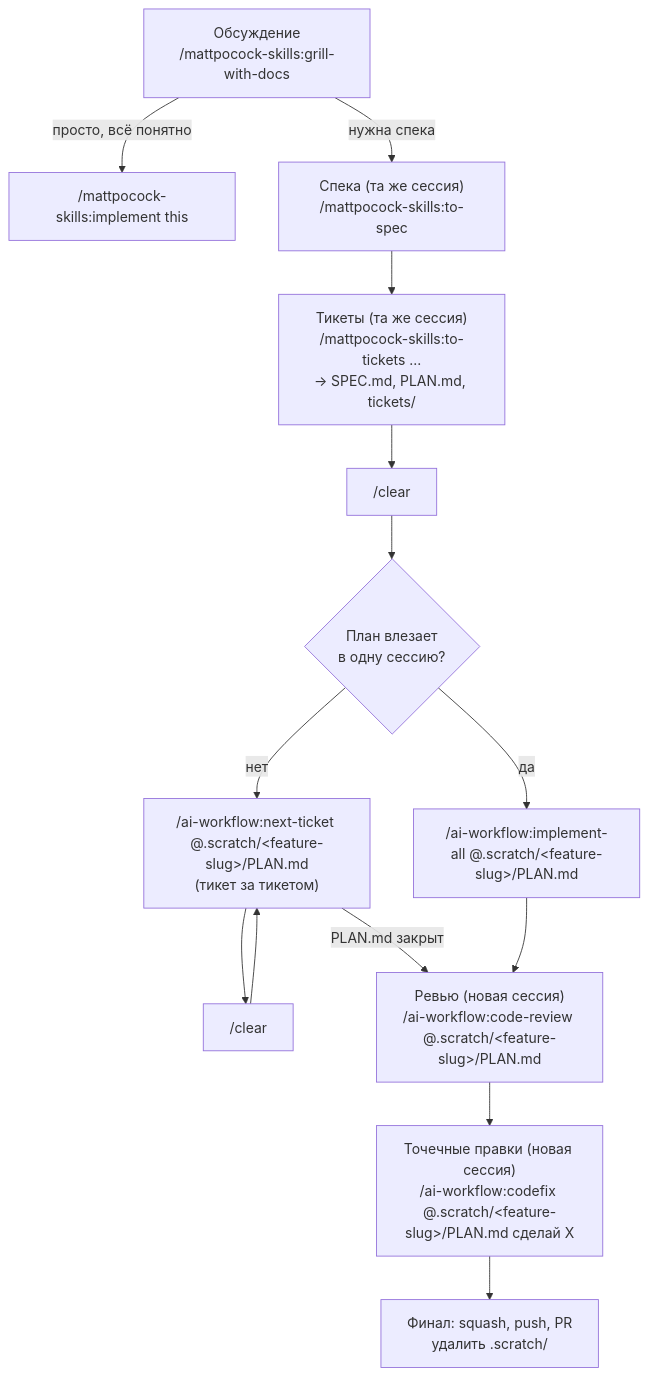
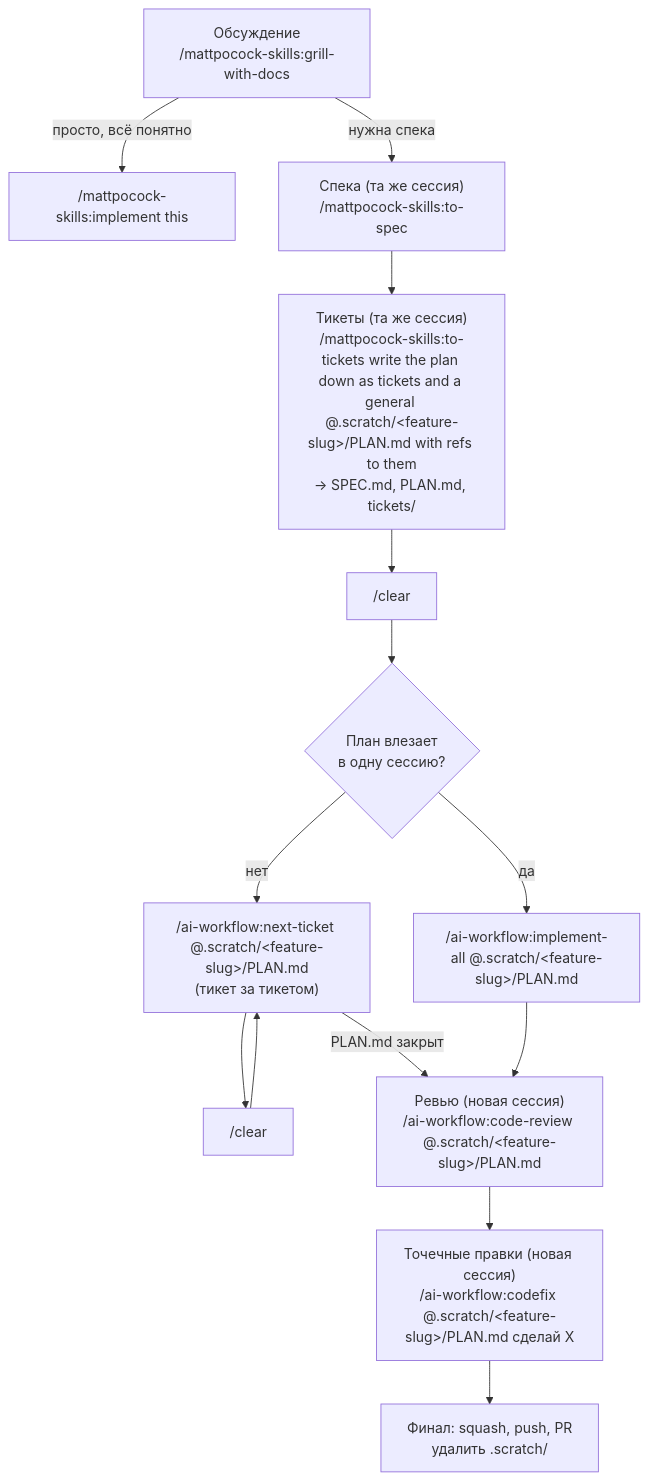
The diagram in README.md (Whatislove118/AI-Workflow), drawn with Mermaid before and after one commit. The commit also changed other lines of this file, not shown here.

````diff
--- a/README.md
+++ b/README.md
@@ -44,16 +44,16 @@
 ```mermaid
 flowchart TD
     A["Обсуждение\n/mattpocock-skills:grill-with-docs"]
     A -- "просто, всё понятно" --> B["/mattpocock-skills:implement this"]
     A -- "нужна спека" --> C["Спека (та же сессия)\n/mattpocock-skills:to-spec"]
-    C --> D["Тикеты (та же сессия)\n/mattpocock-skills:to-tickets ...\n→ SPEC.md, PLAN.md, tickets/"]
+    C --> D["Тикеты (та же сессия)\n/mattpocock-skills:to-tickets write the plan down as tickets and a general @.scratch/#lt;feature-slug#gt;/PLAN.md with refs to them\n→ SPEC.md, PLAN.md, tickets/"]
     D --> E["/clear"]
     E --> F{"План влезает\nв одну сессию?"}
     F -- да --> G["/ai-workflow:implement-all @.scratch/#lt;feature-slug#gt;/PLAN.md"]
     F -- нет --> H["/ai-workflow:next-ticket @.scratch/#lt;feature-slug#gt;/PLAN.md\n(тикет за тикетом)"]
     H --> I["/clear"] --> H
     H -- "PLAN.md закрыт" --> J
     G --> J["Ревью (новая сессия)\n/ai-workflow:code-review @.scratch/#lt;feature-slug#gt;/PLAN.md"]
     J --> K["Точечные правки (новая сессия)\n/ai-workflow:codefix @.scratch/#lt;feature-slug#gt;/PLAN.md сделай X"]
     K --> L["Финал: squash, push, PR\nудалить .scratch/"]
 ```
````
